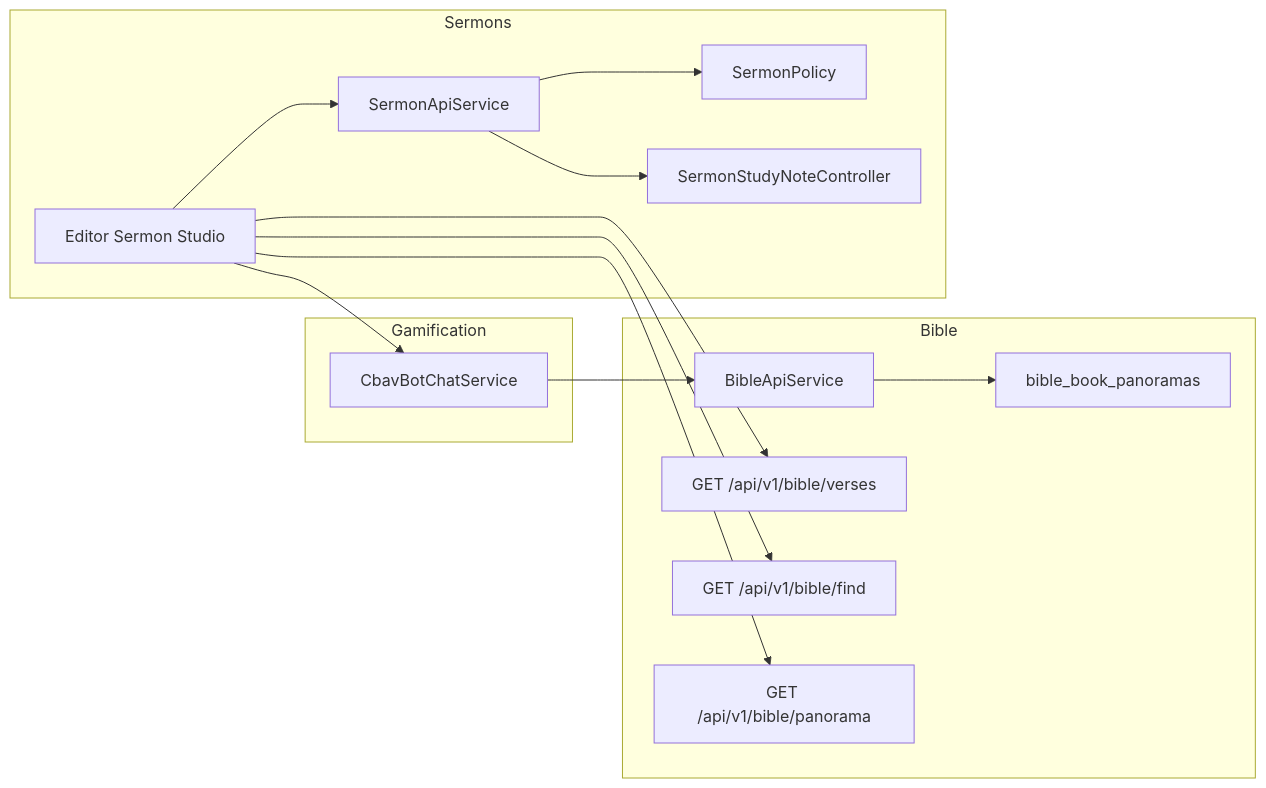
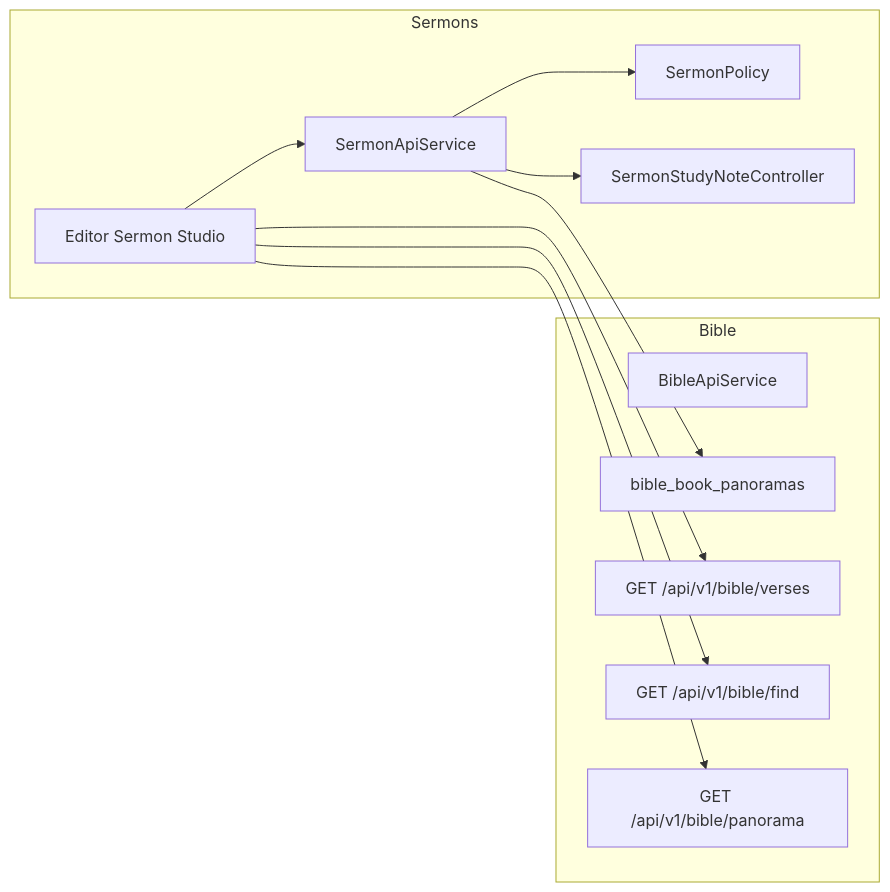
One commit to RabbitVisual/VEPL changed the second of 4 diagrams in Modules/Sermons/README.md. Above: the diagram before and after it, drawn with Mermaid. The commit also changed other lines of this file and 54 other files, not shown here.

````diff
--- a/Modules/Sermons/README.md
+++ b/Modules/Sermons/README.md
@@ -166,31 +158,25 @@
 ```mermaid
 flowchart LR
     subgraph Bible
         BibleApiService
         Panorama[bible_book_panoramas]
         GET_verses[GET /api/v1/bible/verses]
         GET_find[GET /api/v1/bible/find]
         GET_panorama[GET /api/v1/bible/panorama]
     end
 
     subgraph Sermons
         Editor[Editor Sermon Studio]
         SermonApiService
         SermonPolicy
         SermonStudyNoteController
     end
 
-    subgraph Gamification
-        CbavBotChatService
-    end
-
     Editor --> GET_verses
     Editor --> GET_find
     Editor --> GET_panorama
     Editor --> SermonApiService
-    Editor --> CbavBotChatService
     SermonApiService --> SermonPolicy
     SermonApiService --> SermonStudyNoteController
-    CbavBotChatService --> BibleApiService
-    BibleApiService --> Panorama
+    SermonApiService --> Panorama
 ```
````
